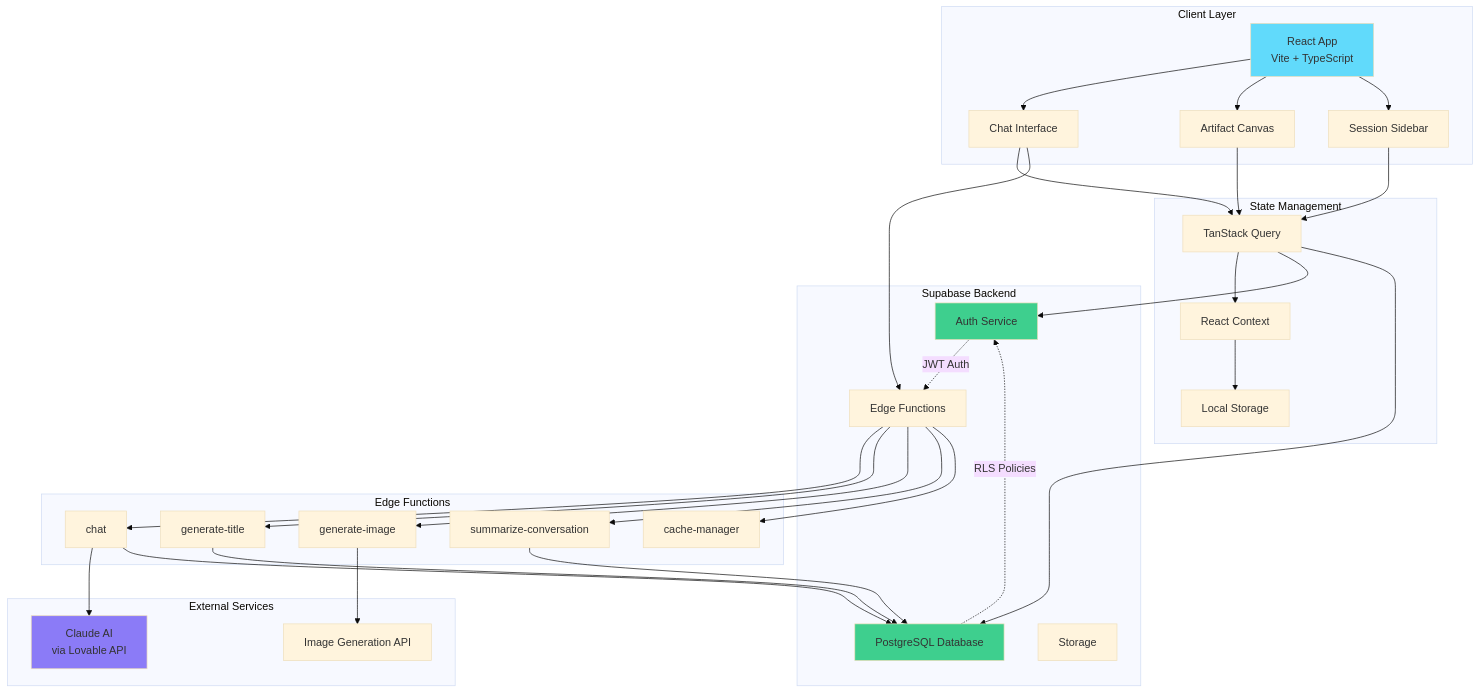
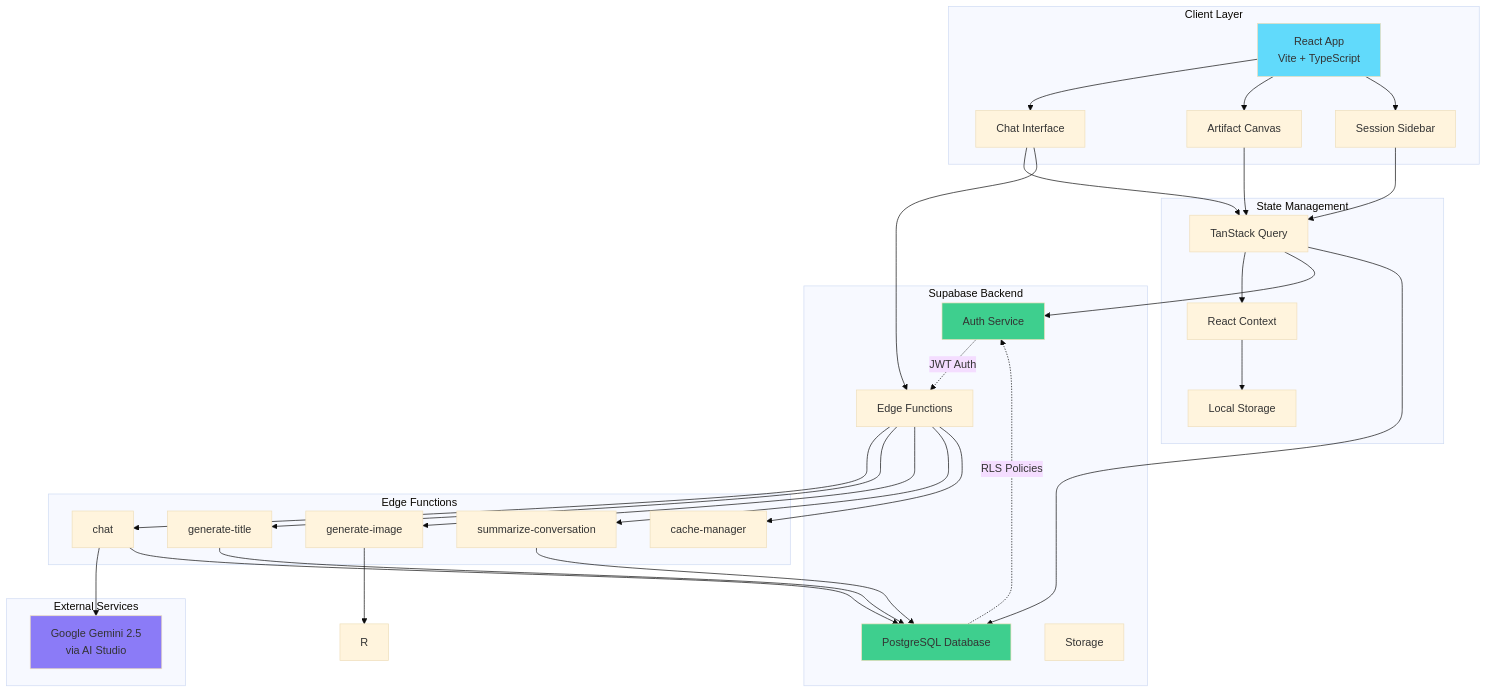
One commit to NickB03/vana changed the first of 5 diagrams in README.md. Above: the diagram before and after it, drawn with Mermaid (base theme). The commit also changed other lines of this file and 14 other files, not shown here.

````diff
--- a/README.md
+++ b/README.md
@@ -157,68 +156,67 @@
 ```mermaid
 graph TB
     subgraph "Client Layer"
         A[React App<br/>Vite + TypeScript]
         B[Chat Interface]
         C[Artifact Canvas]
         D[Session Sidebar]
     end
 
     subgraph "State Management"
         E[TanStack Query]
         F[React Context]
         G[Local Storage]
     end
 
     subgraph "Supabase Backend"
         H[PostgreSQL Database]
         I[Auth Service]
         J[Edge Functions]
         K[Storage]
     end
 
     subgraph "Edge Functions"
         L[chat]
         M[generate-title]
         N[generate-image]
         O[summarize-conversation]
         P[cache-manager]
     end
 
     subgraph "External Services"
-        Q[Claude AI<br/>via Lovable API]
-        R[Image Generation API]
+        Q[Google Gemini 2.5<br/>via AI Studio]
     end
 
     A --> B
     A --> C
     A --> D
     B --> E
     C --> E
     D --> E
     E --> F
     F --> G
 
     E --> I
     E --> H
     B --> J
 
     J --> L
     J --> M
     J --> N
     J --> O
     J --> P
 
     L --> Q
     N --> R
     L --> H
     M --> H
     O --> H
 
     I -.JWT Auth.-> J
     H -.RLS Policies.-> I
 
     style A fill:#61dafb
     style H fill:#3ecf8e
     style Q fill:#8B7BF7
     style I fill:#3ecf8e
 ```
````
